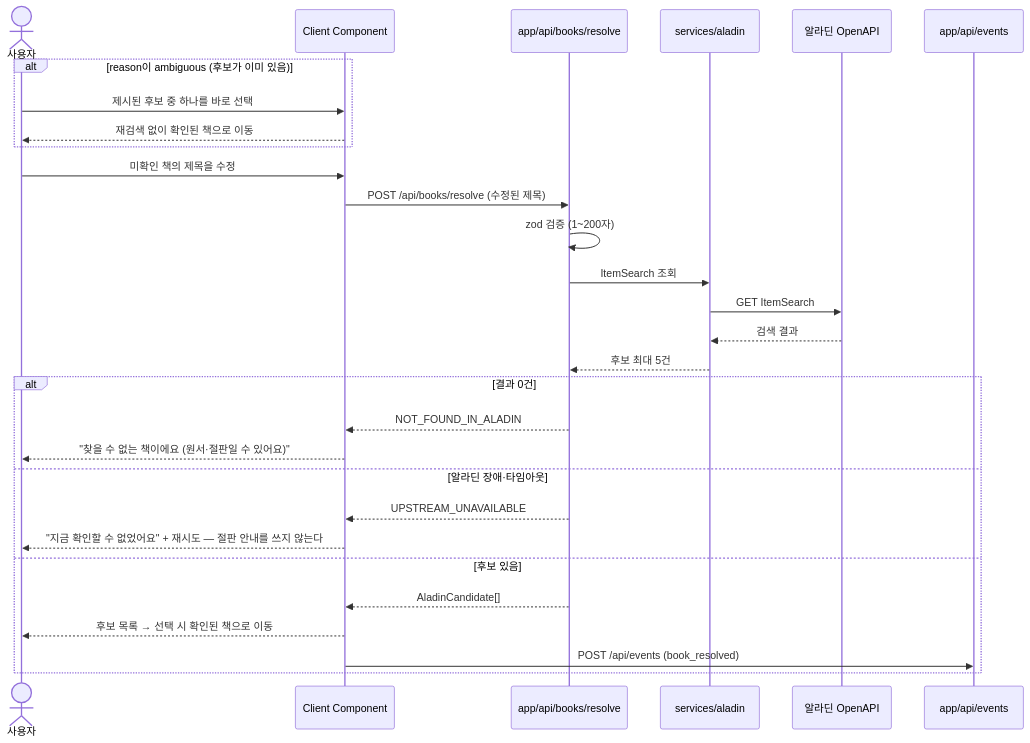
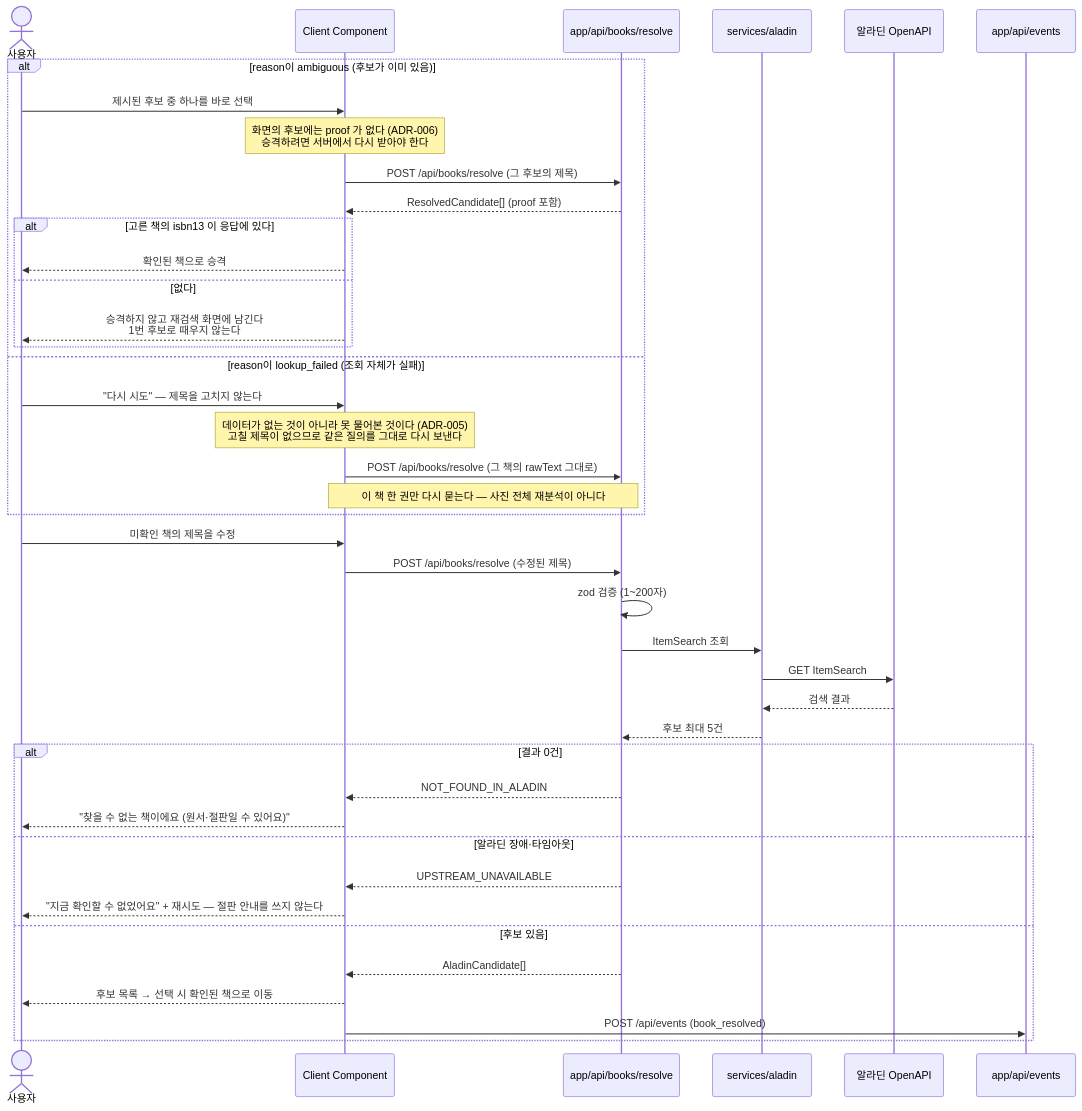
Before and after one commit to hyuham1335-stack/shelfie-app: the fifth of 6 diagrams in docs/ARCHITECTURE.md, drawn with Mermaid. The commit also changed other lines of this file and 4 other files, not shown here.

````diff
--- a/docs/ARCHITECTURE.md
+++ b/docs/ARCHITECTURE.md
@@ -242,33 +242,45 @@
 ```mermaid
 sequenceDiagram
     actor U as 사용자
     participant C as Client Component
     participant R as app/api/books/resolve
     participant SL as services/aladin
     participant EL as 알라딘 OpenAPI
     participant RB as app/api/events
 
     alt reason이 ambiguous (후보가 이미 있음)
         U->>C: 제시된 후보 중 하나를 바로 선택
-        C-->>U: 재검색 없이 확인된 책으로 이동
+        Note over C: 화면의 후보에는 proof 가 없다 (ADR-006)<br/>승격하려면 서버에서 다시 받아야 한다
+        C->>R: POST /api/books/resolve (그 후보의 제목)
+        R-->>C: ResolvedCandidate[] (proof 포함)
+        alt 고른 책의 isbn13 이 응답에 있다
+            C-->>U: 확인된 책으로 승격
+        else 없다
+            C-->>U: 승격하지 않고 재검색 화면에 남긴다<br/>1번 후보로 때우지 않는다
+        end
+    else reason이 lookup_failed (조회 자체가 실패)
+        U->>C: "다시 시도" — 제목을 고치지 않는다
+        Note over C: 데이터가 없는 것이 아니라 못 물어본 것이다 (ADR-005)<br/>고칠 제목이 없으므로 같은 질의를 그대로 다시 보낸다
+        C->>R: POST /api/books/resolve (그 책의 rawText 그대로)
+        Note over C,R: 이 책 한 권만 다시 묻는다 — 사진 전체 재분석이 아니다
     end
 
     U->>C: 미확인 책의 제목을 수정
     C->>R: POST /api/books/resolve (수정된 제목)
     R->>R: zod 검증 (1~200자)
     R->>SL: ItemSearch 조회
     SL->>EL: GET ItemSearch
     EL-->>SL: 검색 결과
     SL-->>R: 후보 최대 5건
     alt 결과 0건
         R-->>C: NOT_FOUND_IN_ALADIN
         C-->>U: "찾을 수 없는 책이에요 (원서·절판일 수 있어요)"
     else 알라딘 장애·타임아웃
         R-->>C: UPSTREAM_UNAVAILABLE
         C-->>U: "지금 확인할 수 없었어요" + 재시도 — 절판 안내를 쓰지 않는다
     else 후보 있음
         R-->>C: AladinCandidate[]
         C-->>U: 후보 목록 → 선택 시 확인된 책으로 이동
         C->>RB: POST /api/events (book_resolved)
     end
 ```
````
